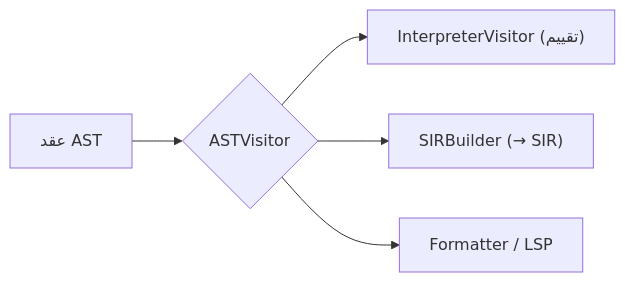
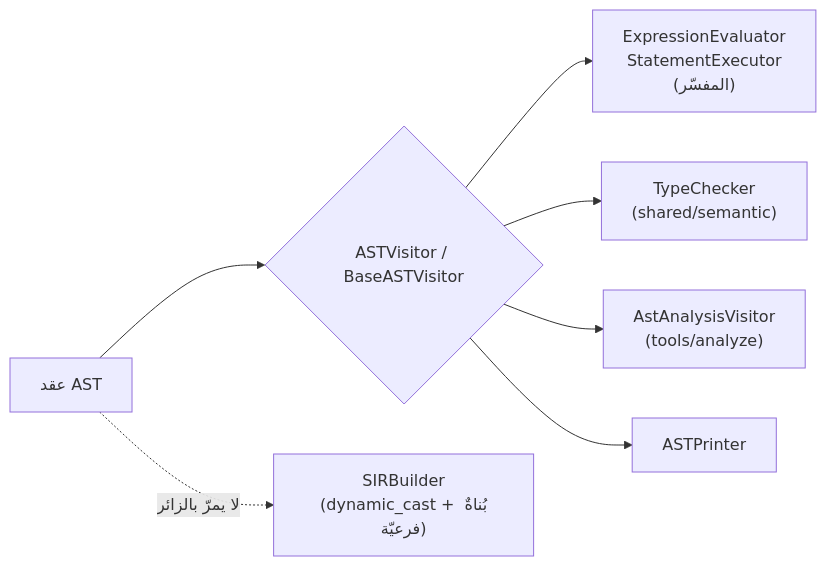
Before and after one commit to sadlang/dev-guide: the diagram in src/frontend/ast.md, drawn with Mermaid. The commit also changed other lines of this file and 22 other files, not shown here.

````diff
--- a/src/frontend/ast.md
+++ b/src/frontend/ast.md
@@ -20,7 +45,9 @@
 ```mermaid
 flowchart LR
-  AST["عقد AST"] --> V{"ASTVisitor"}
-  V --> INT["InterpreterVisitor (تقييم)"]
-  V --> SIR["SIRBuilder (→ SIR)"]
-  V --> FMT["Formatter / LSP"]
+  AST["عقد AST"] --> V{"ASTVisitor / BaseASTVisitor"}
+  V --> EE["ExpressionEvaluator<br/>StatementExecutor<br/>(المفسّر)"]
+  V --> TC["TypeChecker<br/>(shared/semantic)"]
+  V --> AN["AstAnalysisVisitor<br/>(tools/analyze)"]
+  V --> PR["ASTPrinter"]
+  AST -.->|"لا يمرّ بالزائر"| SB["SIRBuilder<br/>(dynamic_cast + بُناةٌ فرعيّة)"]
 ```
````
